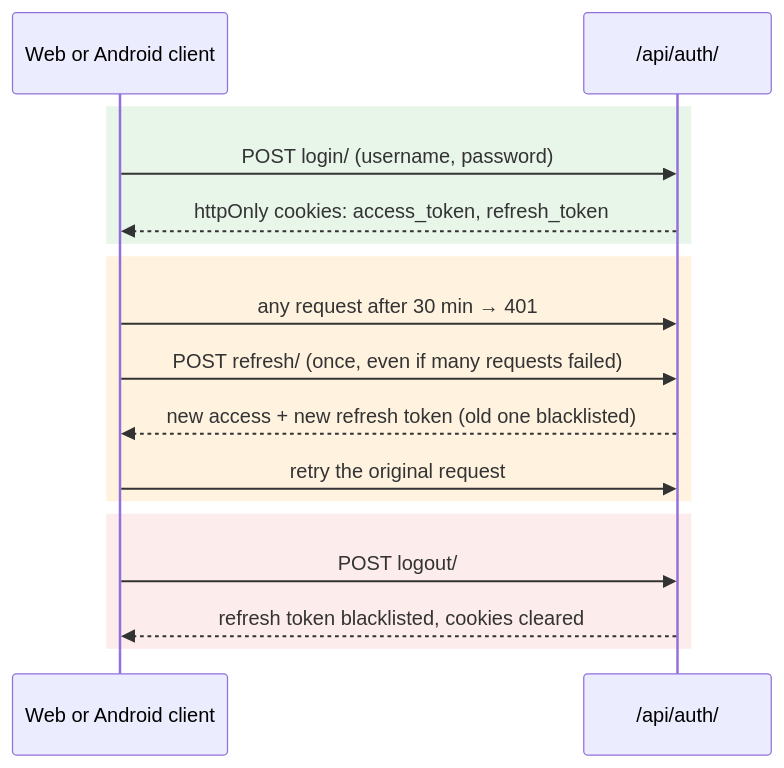
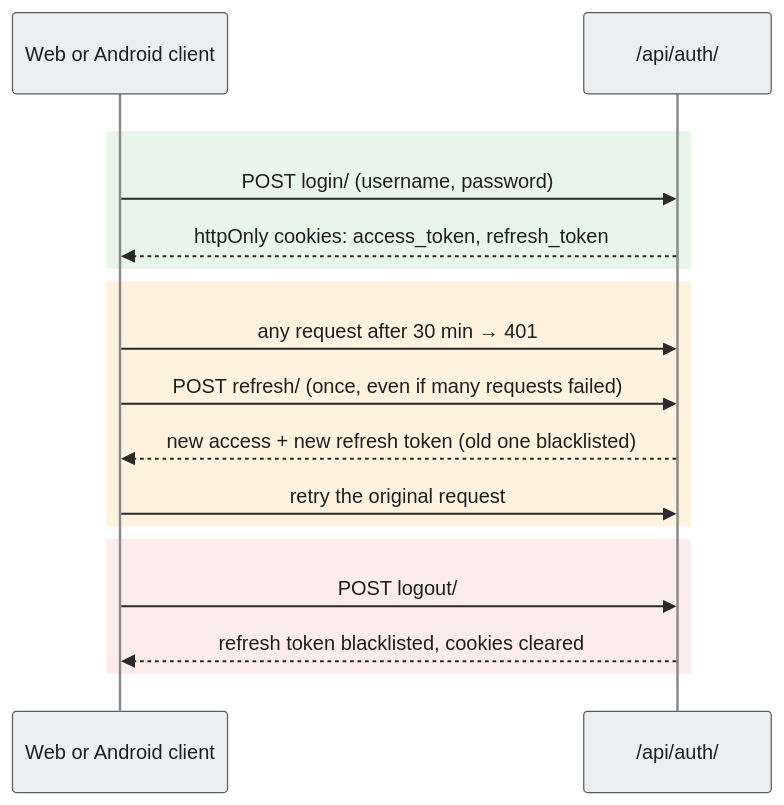
One commit to aarushchaudhary/nmpralekh changed the sixth of 10 diagrams in README.md. Above: the diagram before and after it, drawn with Mermaid. The commit also changed other lines of this file and 6 other files, not shown here.

Commit message:
Make README sequence diagram text dark and readable in GitHub dark mode

````diff
--- a/README.md
+++ b/README.md
@@ -283,20 +289,23 @@
 ```mermaid
+%%{init: {'theme':'base','themeVariables':{'actorBkg':'#ECEFF1','actorBorder':'#5A5A5A','actorTextColor':'#1F1F1F','actorLineColor':'#8A8A8A','signalColor':'#2A2A2A','signalTextColor':'#1F1F1F','sequenceNumberColor':'#FFFFFF','labelBoxBkgColor':'#FFFFFF','labelBoxBorderColor':'#5A5A5A','labelTextColor':'#1F1F1F','loopTextColor':'#1F1F1F','noteBkgColor':'#FFF59D','noteBorderColor':'#F9A825','noteTextColor':'#1F1F1F'}}}%%
 sequenceDiagram
     participant C as Web or Android client
     participant A as /api/auth/
 
-    rect rgb(232, 245, 233)
-    C->>A: POST login/ (username, password)
-    A-->>C: httpOnly cookies: access_token, refresh_token
-    end
-    rect rgb(255, 243, 224)
-    C->>A: any request after 30 min → 401
-    C->>A: POST refresh/ (once, even if many requests failed)
-    A-->>C: new access + new refresh token (old one blacklisted)
-    C->>A: retry the original request
-    end
-    rect rgb(253, 236, 236)
-    C->>A: POST logout/
-    A-->>C: refresh token blacklisted, cookies cleared
+    rect rgb(255, 255, 255)
+        rect rgb(232, 245, 233)
+        C->>A: POST login/ (username, password)
+        A-->>C: httpOnly cookies: access_token, refresh_token
+        end
+        rect rgb(255, 243, 224)
+        C->>A: any request after 30 min → 401
+        C->>A: POST refresh/ (once, even if many requests failed)
+        A-->>C: new access + new refresh token (old one blacklisted)
+        C->>A: retry the original request
+        end
+        rect rgb(253, 236, 236)
+        C->>A: POST logout/
+        A-->>C: refresh token blacklisted, cookies cleared
+        end
     end
 ```
````
